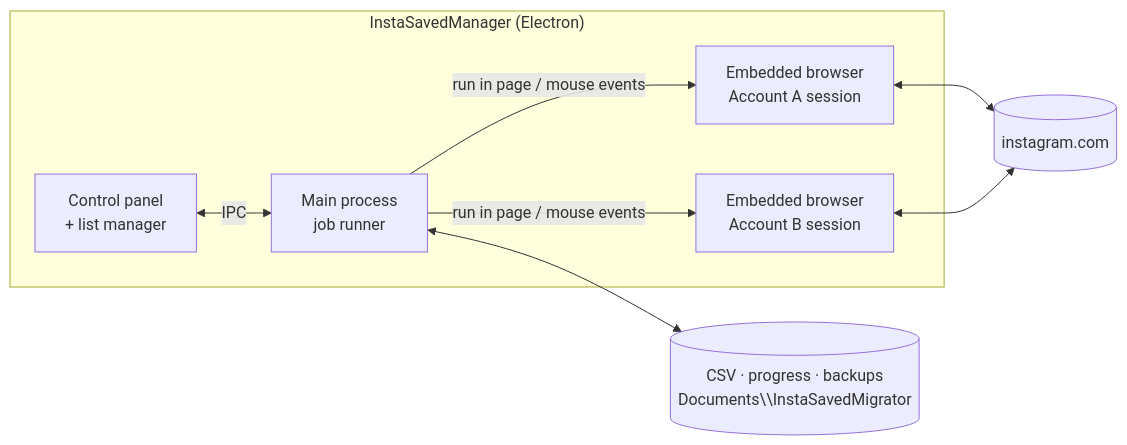
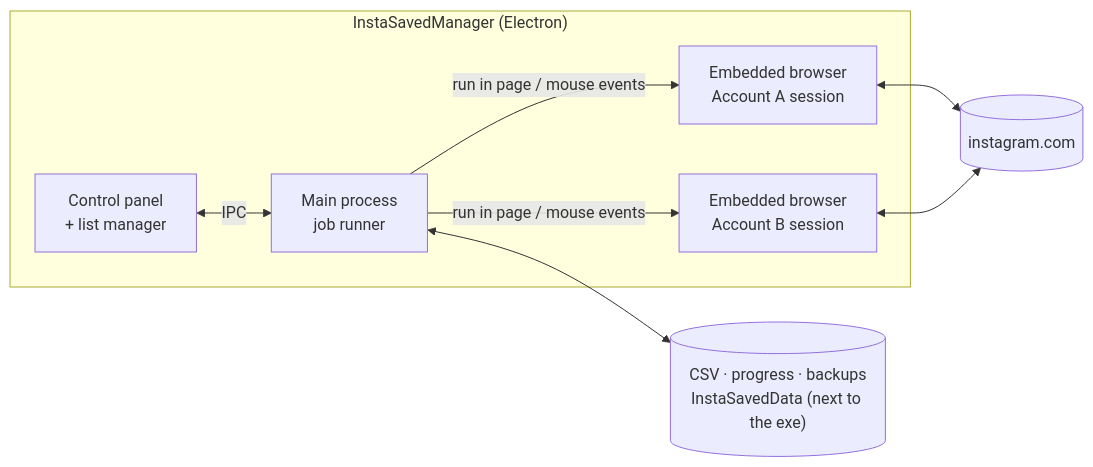
One commit to UniverseMaker/Instagram-Saved-Transfer-and-Remove-Manager changed the first of 4 diagrams in README.md. Above: the diagram before and after it, drawn with Mermaid. The commit also changed other lines of this file and 11 other files, not shown here.

First line of the commit message:
Keep work files in an InstaSavedData folder next to the app

````diff
--- a/README.md
+++ b/README.md
@@ -212,18 +212,18 @@
 ```mermaid
 flowchart LR
   subgraph App["InstaSavedManager (Electron)"]
     UI["Control panel<br/>+ list manager"]
     Main["Main process<br/>job runner"]
     A["Embedded browser<br/>Account A session"]
     B["Embedded browser<br/>Account B session"]
   end
   IG[("instagram.com")]
-  Disk[("CSV · progress · backups<br/>Documents\\InstaSavedMigrator")]
+  Disk[("CSV · progress · backups<br/>InstaSavedData (next to the exe)")]
 
   UI <-- IPC --> Main
   Main -- "run in page / mouse events" --> A
   Main -- "run in page / mouse events" --> B
   A <--> IG
   B <--> IG
   Main <--> Disk
 ```
````
